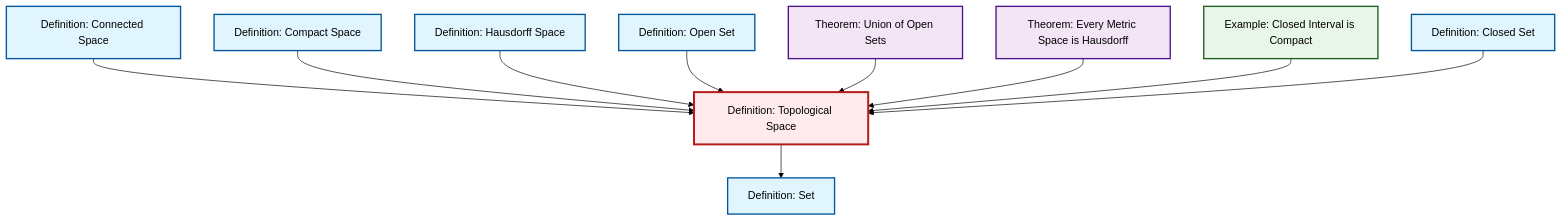
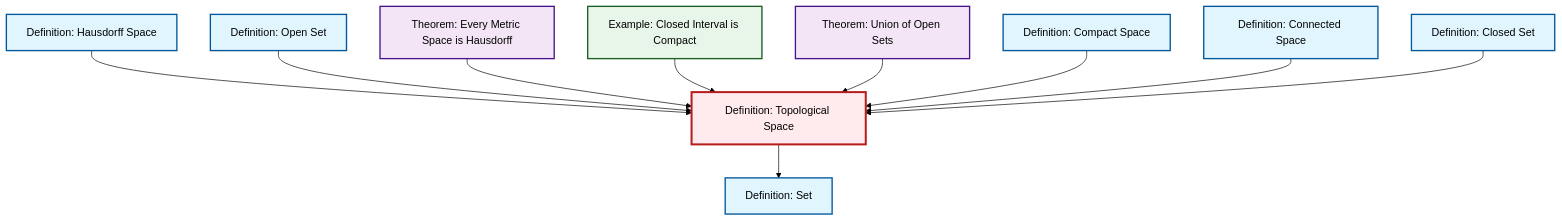
One commit to RK0429/ModernMath changed the diagram in content/ja/topology/def-topological-space.qmd. Above: the diagram before and after it, drawn with Mermaid (forest theme). The commit also changed other lines of this file and 530 other files, not shown here.

````diff
--- a/content/ja/topology/def-topological-space.qmd
+++ b/content/ja/topology/def-topological-space.qmd
@@ -60,38 +60,38 @@
 ```{mermaid}
 %%| fig-cap: "Local dependency graph"
 graph TD
     classDef definition fill:#e1f5fe,stroke:#01579b,stroke-width:2px
     classDef theorem fill:#f3e5f5,stroke:#4a148c,stroke-width:2px
     classDef axiom fill:#fff3e0,stroke:#e65100,stroke-width:2px
     classDef example fill:#e8f5e9,stroke:#1b5e20,stroke-width:2px
     classDef current fill:#ffebee,stroke:#b71c1c,stroke-width:3px
+    ex-closed-interval-compact["Example: Closed Interval is Compact"]:::example
+    def-hausdorff["Definition: Hausdorff Space"]:::definition
+    def-compact["Definition: Compact Space"]:::definition
+    def-set["Definition: Set"]:::definition
+    thm-metric-hausdorff["Theorem: Every Metric Space is Hausdorff"]:::theorem
+    def-topological-space["Definition: Topological Space"]:::definition
     def-open-set["Definition: Open Set"]:::definition
-    def-set["Definition: Set"]:::definition
-    def-compact["Definition: Compact Space"]:::definition
     thm-union-open-sets["Theorem: Union of Open Sets"]:::theorem
-    def-hausdorff["Definition: Hausdorff Space"]:::definition
-    thm-metric-hausdorff["Theorem: Every Metric Space is Hausdorff"]:::theorem
     def-closed-set["Definition: Closed Set"]:::definition
     def-connected["Definition: Connected Space"]:::definition
-    def-topological-space["Definition: Topological Space"]:::definition
-    ex-closed-interval-compact["Example: Closed Interval is Compact"]:::example
-    def-connected --> def-topological-space
-    def-topological-space --> def-set
-    def-compact --> def-topological-space
     def-hausdorff --> def-topological-space
     def-open-set --> def-topological-space
-    thm-union-open-sets --> def-topological-space
     thm-metric-hausdorff --> def-topological-space
     ex-closed-interval-compact --> def-topological-space
+    def-topological-space --> def-set
+    thm-union-open-sets --> def-topological-space
+    def-compact --> def-topological-space
+    def-connected --> def-topological-space
     def-closed-set --> def-topological-space
     class def-topological-space current
+    click ex-closed-interval-compact "ex-closed-interval-compact.html" "Example: Closed Interval is Compactへ"
+    click def-hausdorff "def-hausdorff.html" "Definition: Hausdorff Spaceへ"
+    click def-compact "def-compact.html" "Definition: Compact Spaceへ"
+    click def-set "def-set.html" "Definition: Setへ"
+    click thm-metric-hausdorff "thm-metric-hausdorff.html" "Theorem: Every Metric Space is Hausdorffへ"
     click def-open-set "def-open-set.html" "Definition: Open Setへ"
-    click def-set "def-set.html" "Definition: Setへ"
-    click def-compact "def-compact.html" "Definition: Compact Spaceへ"
     click thm-union-open-sets "thm-union-open-sets.html" "Theorem: Union of Open Setsへ"
-    click def-hausdorff "def-hausdorff.html" "Definition: Hausdorff Spaceへ"
-    click thm-metric-hausdorff "thm-metric-hausdorff.html" "Theorem: Every Metric Space is Hausdorffへ"
     click def-closed-set "def-closed-set.html" "Definition: Closed Setへ"
     click def-connected "def-connected.html" "Definition: Connected Spaceへ"
-    click ex-closed-interval-compact "ex-closed-interval-compact.html" "Example: Closed Interval is Compactへ"
 ```
````
